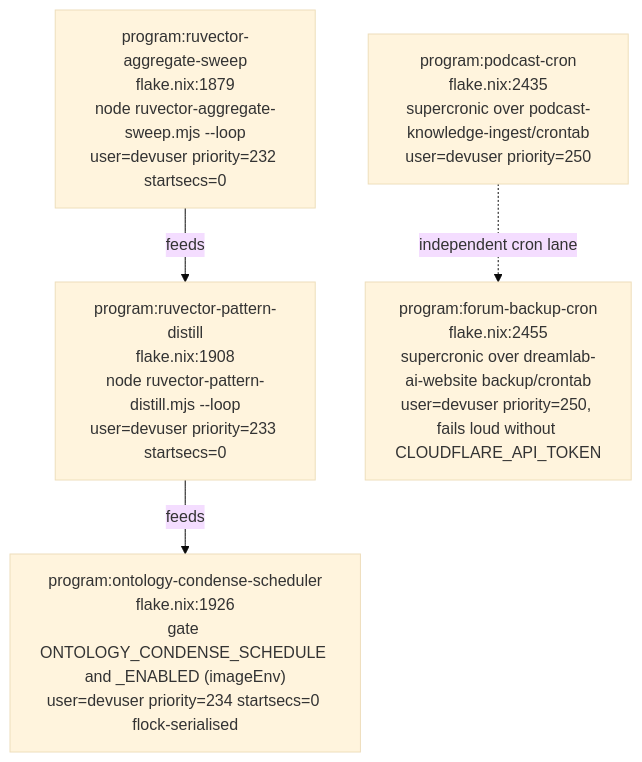
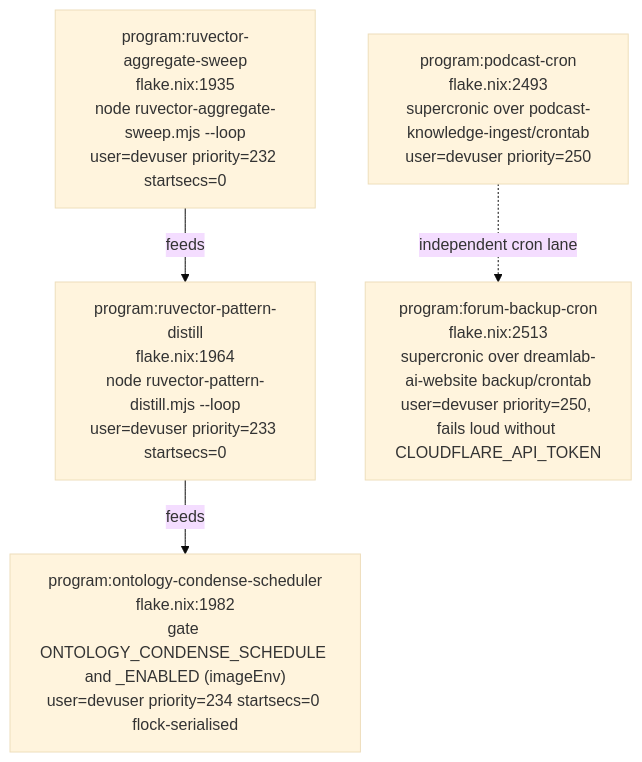
The fifth of 23 diagrams in docs/diagrams/agentbox/02-boot-sequence-and-readiness.md (DreamLab-AI/VisionFlow), drawn with Mermaid (base theme) before and after one commit. The commit also changed other lines of this file and 28 other files, not shown here.

````diff
--- a/docs/diagrams/agentbox/02-boot-sequence-and-readiness.md
+++ b/docs/diagrams/agentbox/02-boot-sequence-and-readiness.md
@@ -211,12 +218,12 @@
 ```mermaid
 flowchart TB
-    RAS["program:ruvector-aggregate-sweep<br/>flake.nix:1879<br/>node ruvector-aggregate-sweep.mjs --loop<br/>user=devuser priority=232 startsecs=0"]
-    RPD["program:ruvector-pattern-distill<br/>flake.nix:1908<br/>node ruvector-pattern-distill.mjs --loop<br/>user=devuser priority=233 startsecs=0"]
-    OCS["program:ontology-condense-scheduler<br/>flake.nix:1926<br/>gate ONTOLOGY_CONDENSE_SCHEDULE and _ENABLED (imageEnv)<br/>user=devuser priority=234 startsecs=0 flock-serialised"]
-    PCRON["program:podcast-cron<br/>flake.nix:2435<br/>supercronic over podcast-knowledge-ingest/crontab<br/>user=devuser priority=250"]
-    FCRON["program:forum-backup-cron<br/>flake.nix:2455<br/>supercronic over dreamlab-ai-website backup/crontab<br/>user=devuser priority=250, fails loud without CLOUDFLARE_API_TOKEN"]
+    RAS["program:ruvector-aggregate-sweep<br/>flake.nix:1935<br/>node ruvector-aggregate-sweep.mjs --loop<br/>user=devuser priority=232 startsecs=0"]
+    RPD["program:ruvector-pattern-distill<br/>flake.nix:1964<br/>node ruvector-pattern-distill.mjs --loop<br/>user=devuser priority=233 startsecs=0"]
+    OCS["program:ontology-condense-scheduler<br/>flake.nix:1982<br/>gate ONTOLOGY_CONDENSE_SCHEDULE and _ENABLED (imageEnv)<br/>user=devuser priority=234 startsecs=0 flock-serialised"]
+    PCRON["program:podcast-cron<br/>flake.nix:2493<br/>supercronic over podcast-knowledge-ingest/crontab<br/>user=devuser priority=250"]
+    FCRON["program:forum-backup-cron<br/>flake.nix:2513<br/>supercronic over dreamlab-ai-website backup/crontab<br/>user=devuser priority=250, fails loud without CLOUDFLARE_API_TOKEN"]
 
     RAS -->|"feeds"| RPD
     RPD -->|"feeds"| OCS
     PCRON -.->|"independent cron lane"| FCRON
 ```
````
